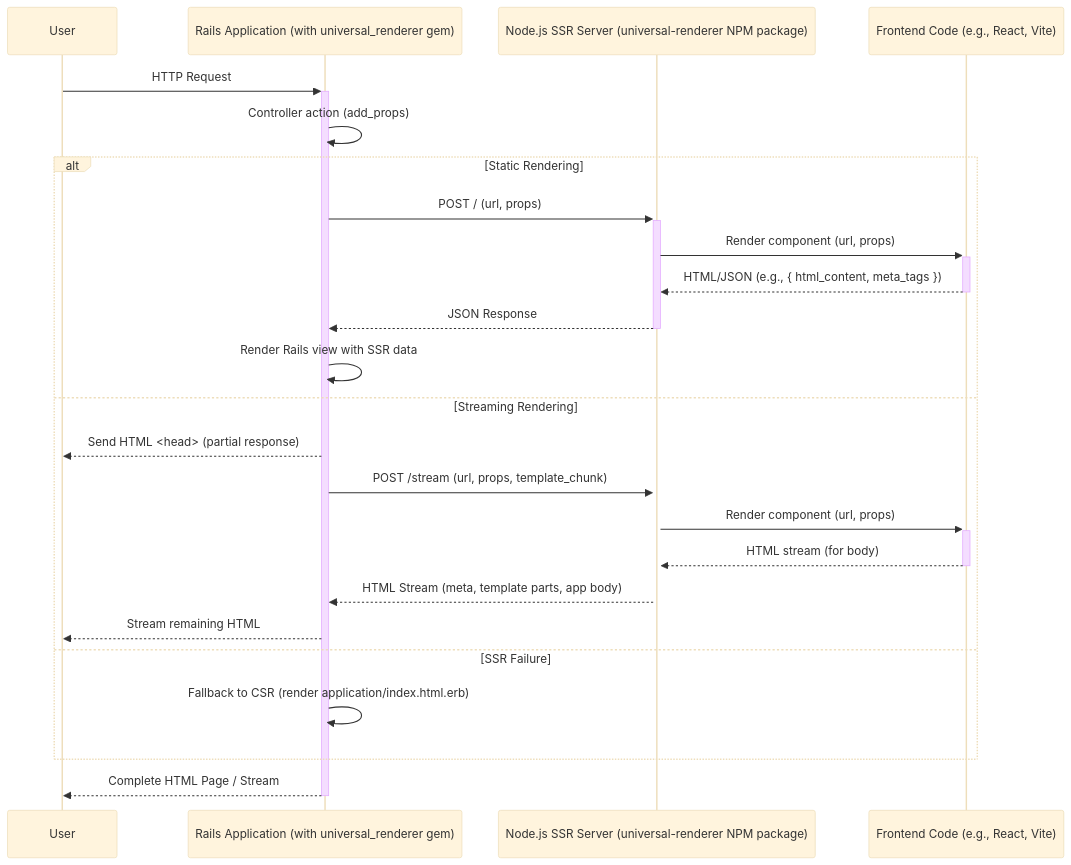
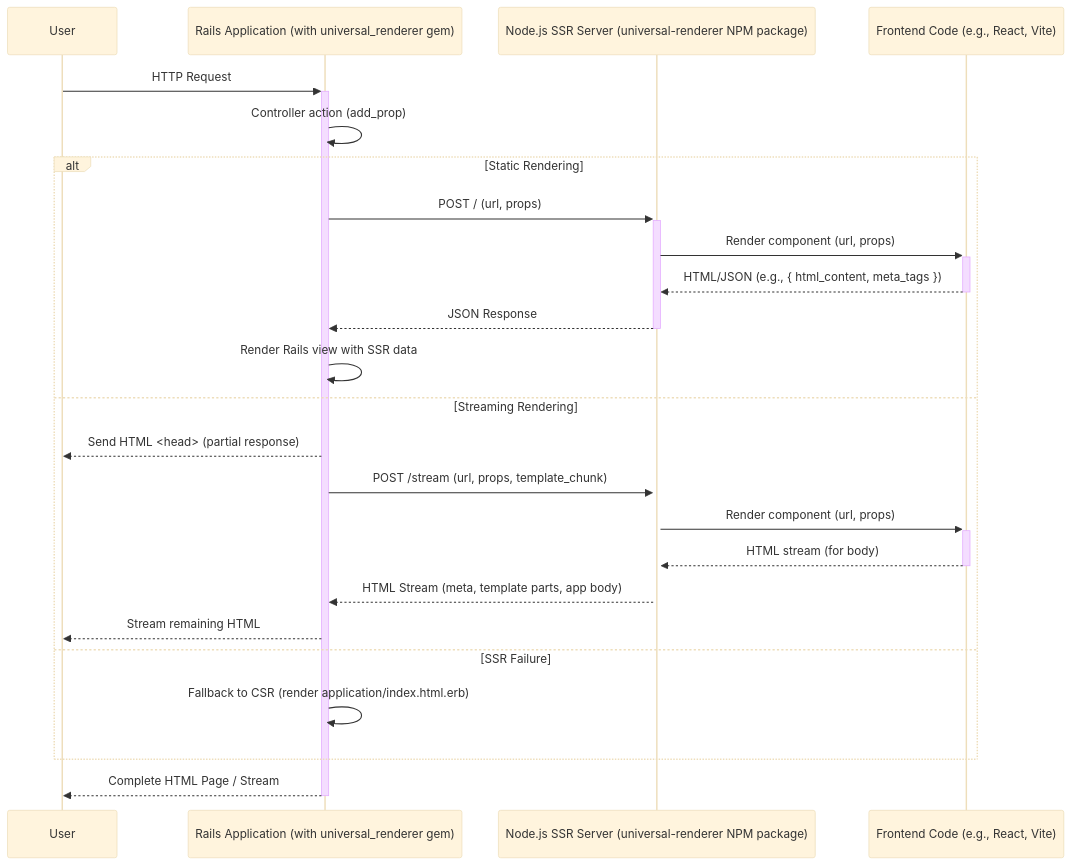
Before and after one commit to thaske/universal_renderer: the diagram in docs/architecture.md, drawn with Mermaid (base theme). The commit also changed other lines of this file, not shown here.

````diff
--- a/docs/architecture.md
+++ b/docs/architecture.md
@@ -71,30 +71,30 @@
 ```mermaid
 sequenceDiagram
     participant User
     participant RailsApp as Rails Application (with universal_renderer gem)
     participant SSRServer as Node.js SSR Server (universal-renderer NPM package)
     participant FrontendApp as Frontend Code (e.g., React, Vite)
 
     User->>+RailsApp: HTTP Request
-    RailsApp->>RailsApp: Controller action (add_props)
+    RailsApp->>RailsApp: Controller action (add_prop)
 
     alt Static Rendering
         RailsApp->>+SSRServer: POST / (url, props)
         SSRServer->>+FrontendApp: Render component (url, props)
         FrontendApp-->>-SSRServer: HTML/JSON (e.g., { html_content, meta_tags })
         SSRServer-->>-RailsApp: JSON Response
         RailsApp->>RailsApp: Render Rails view with SSR data
     else Streaming Rendering
         RailsApp-->>User: Send HTML <head> (partial response)
         RailsApp->>+SSRServer: POST /stream (url, props, template_chunk)
         SSRServer->>+FrontendApp: Render component (url, props)
         FrontendApp-->>-SSRServer: HTML stream (for body)
         SSRServer-->>RailsApp: HTML Stream (meta, template parts, app body)
         RailsApp-->>User: Stream remaining HTML
     else SSR Failure
         RailsApp->>RailsApp: Fallback to CSR (render application/index.html.erb)
     end
 
     RailsApp-->>-User: Complete HTML Page / Stream
 
 ```
````
